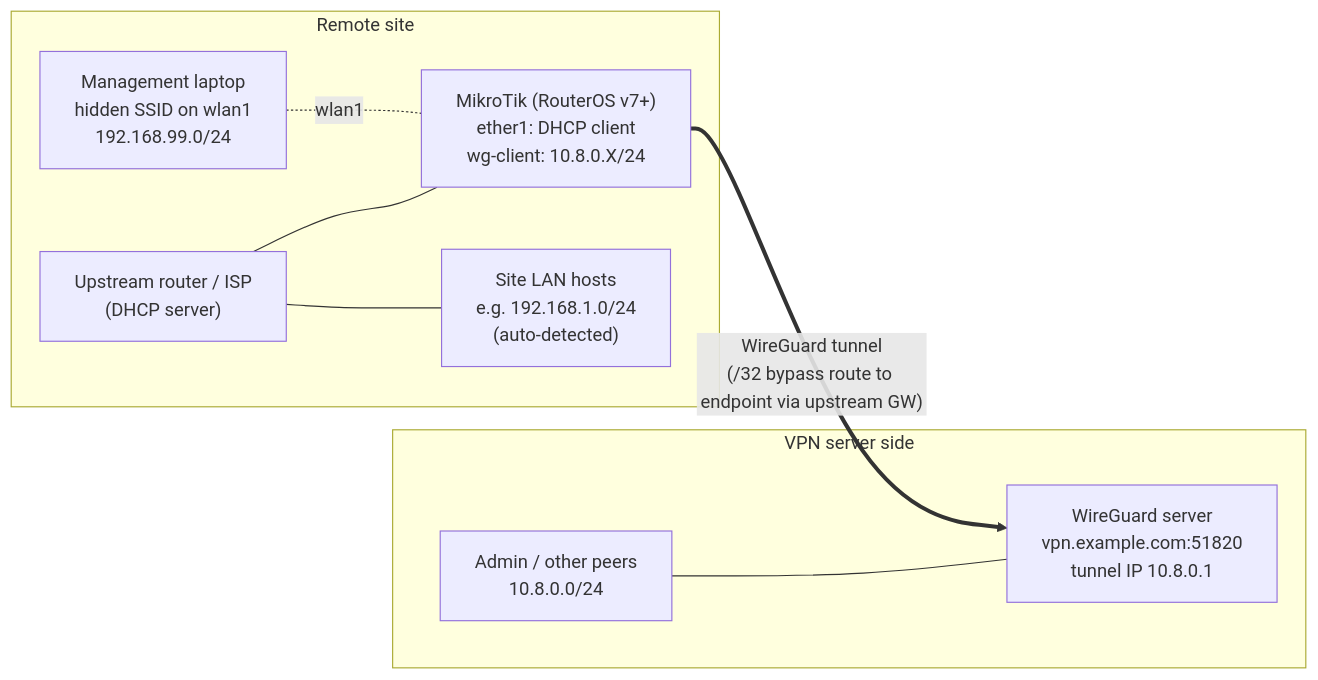
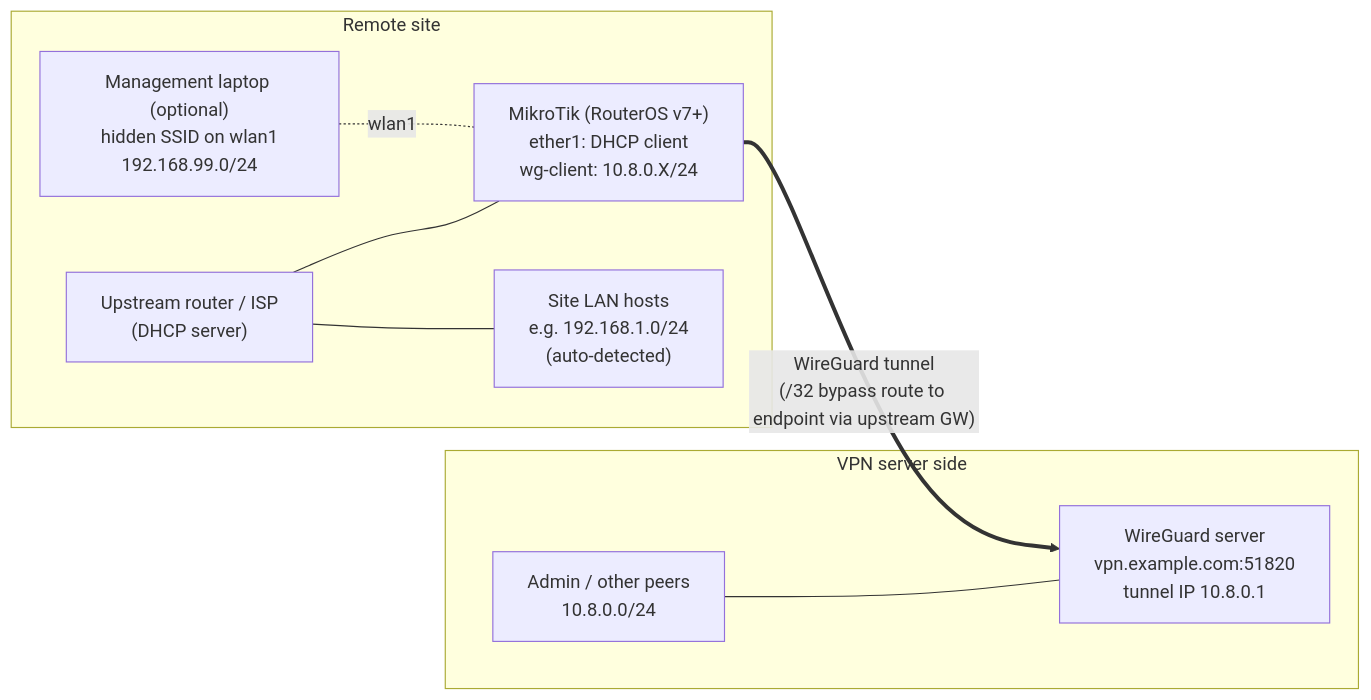
The diagram in docs/topology.md (antkarag13/mikrotik-wireguard-autodeploy), drawn with Mermaid before and after one commit. The commit also changed 3 other files, not shown here.

Commit message:
Make management Wi-Fi optional (v1.1.0)

````diff
--- a/docs/topology.md
+++ b/docs/topology.md
@@ -3,20 +3,20 @@
 ```mermaid
 flowchart LR
     subgraph HQ["VPN server side"]
         S["WireGuard server<br/>vpn.example.com:51820<br/>tunnel IP 10.8.0.1"]
         A["Admin / other peers<br/>10.8.0.0/24"]
         A --- S
     end
 
     subgraph SITE["Remote site"]
         UP["Upstream router / ISP<br/>(DHCP server)"]
         MT["MikroTik (RouterOS v7+)<br/>ether1: DHCP client<br/>wg-client: 10.8.0.X/24"]
         LAN["Site LAN hosts<br/>e.g. 192.168.1.0/24<br/>(auto-detected)"]
-        W["Management laptop<br/>hidden SSID on wlan1<br/>192.168.99.0/24"]
+        W["Management laptop (optional)<br/>hidden SSID on wlan1<br/>192.168.99.0/24"]
         UP --- MT
         UP --- LAN
         W -. "wlan1" .- MT
     end
 
     MT == "WireGuard tunnel<br/>(/32 bypass route to endpoint via upstream GW)" ==> S
 ```
````
